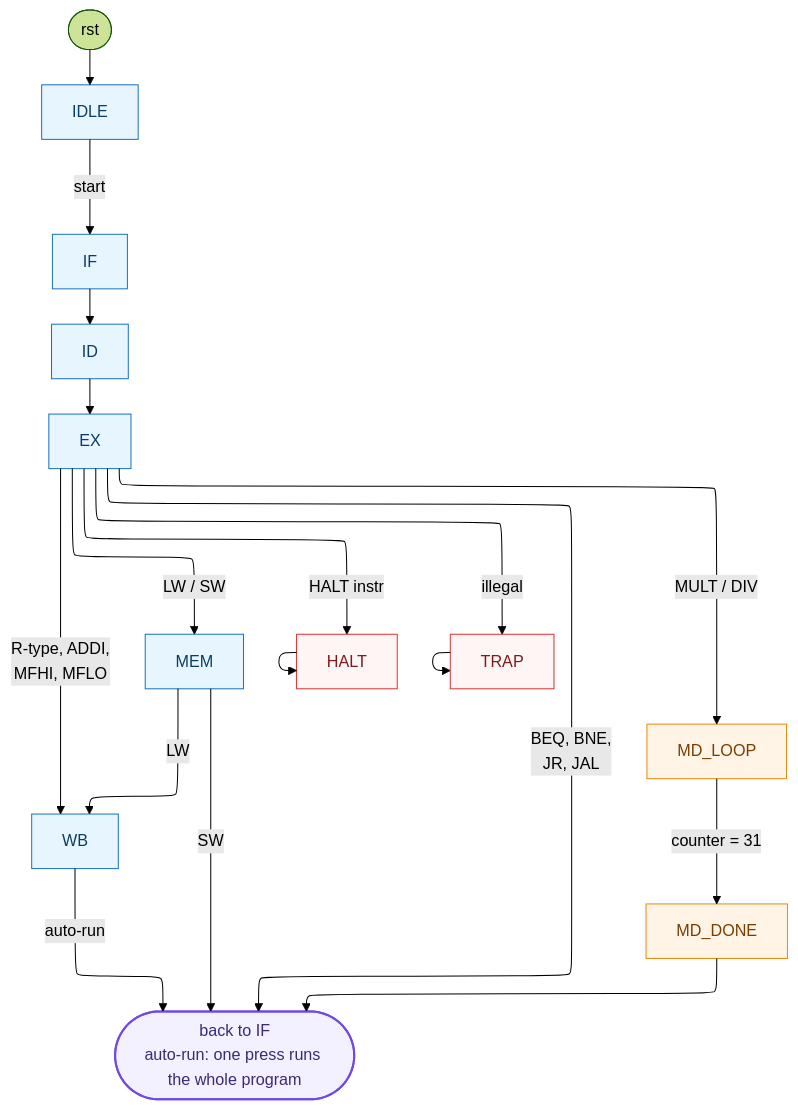
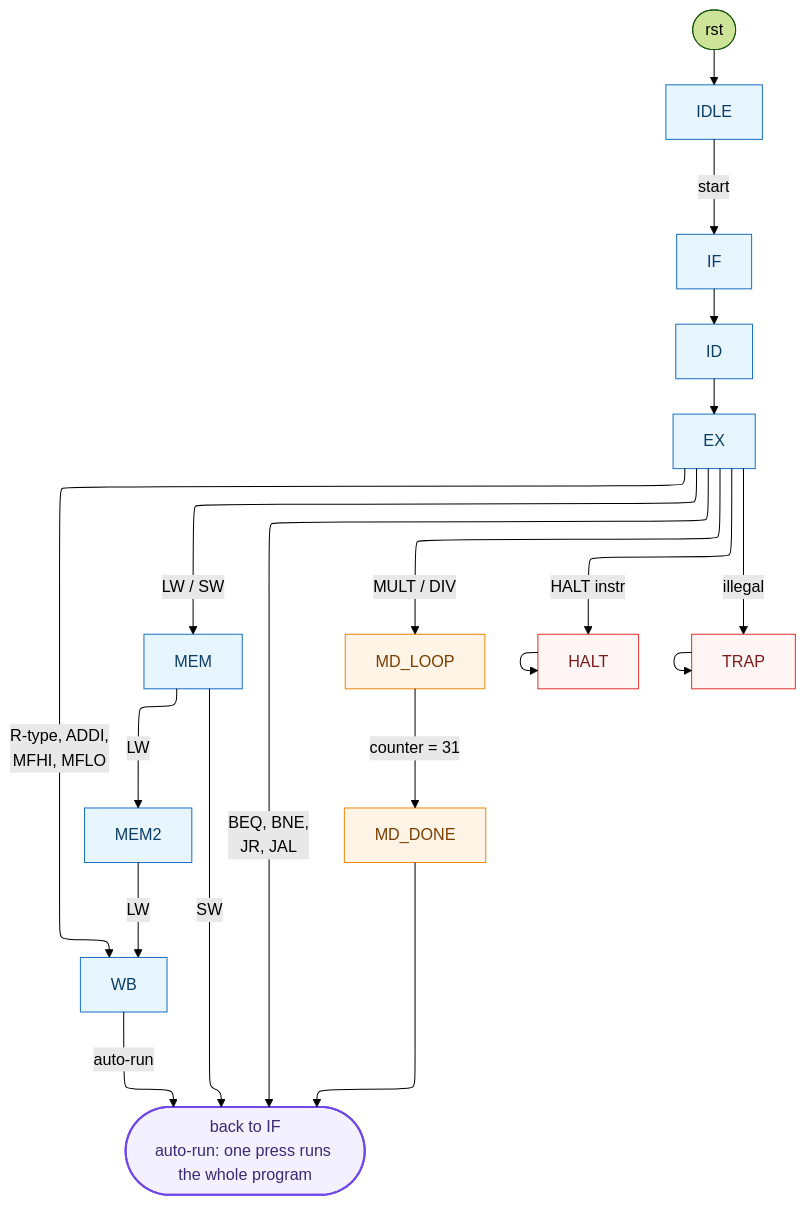
The sixth of 11 diagrams in ARCHITECTURE.md (AtikRahat/mips-multi-cycle-cpu), drawn with Mermaid (forest theme) before and after one commit. The commit also changed other lines of this file and 100 other files, not shown here.

````diff
--- a/ARCHITECTURE.md
+++ b/ARCHITECTURE.md
@@ -410,39 +417,40 @@
 ```mermaid
 %%{init: {"flowchart": {"defaultRenderer": "elk"}} }%%
 flowchart TB
     RST(["rst"]) --> IDLE
 
     IDLE["IDLE"] -->|start| IF["IF"]
     IF --> ID
     ID --> EX
 
     EX -->|"R-type, ADDI,<br/>MFHI, MFLO"| WB["WB"]
     EX -->|"LW / SW"| MEM["MEM"]
     EX -->|"MULT / DIV"| MD_LOOP["MD_LOOP"]
     EX -->|"BEQ, BNE,<br/>JR, JAL"| NEXT
     EX -->|"HALT instr"| HALT["HALT"]
     EX -->|illegal| TRAP["TRAP"]
 
-    MEM -->|LW| WB
+    MEM -->|LW| MEM2["MEM2"]
     MEM -->|SW| NEXT
+    MEM2 -->|LW| WB
 
     MD_LOOP -->|"counter = 31"| MD_DONE["MD_DONE"]
     MD_DONE --> NEXT
 
     WB -->|auto-run| NEXT
 
     NEXT(["back to IF<br/>auto-run: one press runs the whole program"])
 
     TRAP --> TRAP
     HALT --> HALT
 
     classDef pipe fill:#e7f5ff,stroke:#1971c2,color:#0b3d66
     classDef md fill:#fff4e6,stroke:#e8890c,color:#7a3d00
     classDef abs fill:#fff5f5,stroke:#e03131,color:#7d1a1a
     classDef hub fill:#f3f0ff,stroke:#7048e8,color:#3b2a75,stroke-width:2px
 
-    class IDLE,IF,ID,EX,MEM,WB pipe
+    class IDLE,IF,ID,EX,MEM,MEM2,WB pipe
     class MD_LOOP,MD_DONE md
     class TRAP,HALT abs
     class NEXT hub
 ```
````
